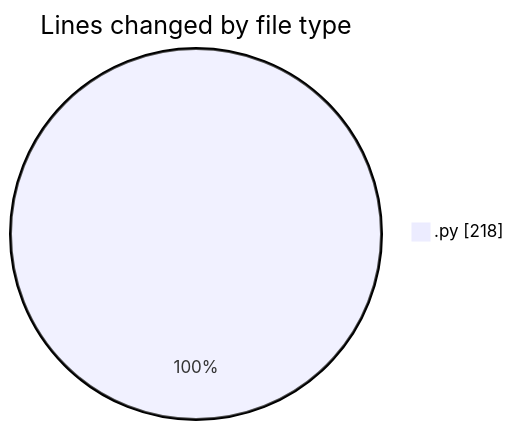
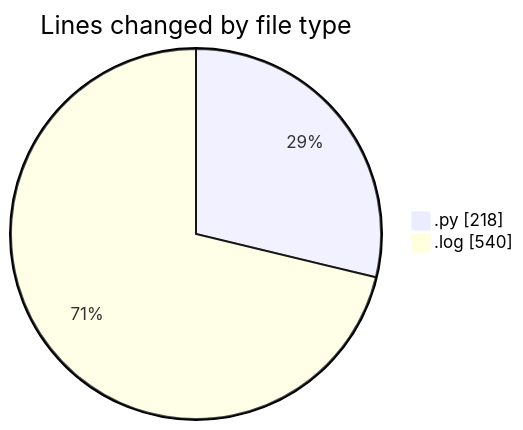
Before and after one commit to momahboobian/code-tracking: the first of 2 diagrams in 2025-05-07/samplepdf/README.md, drawn with Mermaid. The commit also changed other lines of this file and 1 other file, not shown here.

````diff
--- a/2025-05-07/samplepdf/README.md
+++ b/2025-05-07/samplepdf/README.md
@@ -23,5 +24,6 @@
 ```mermaid
 pie showData
 title Lines changed by file type
 ".py" : 218
+".log" : 540
 ```
````
